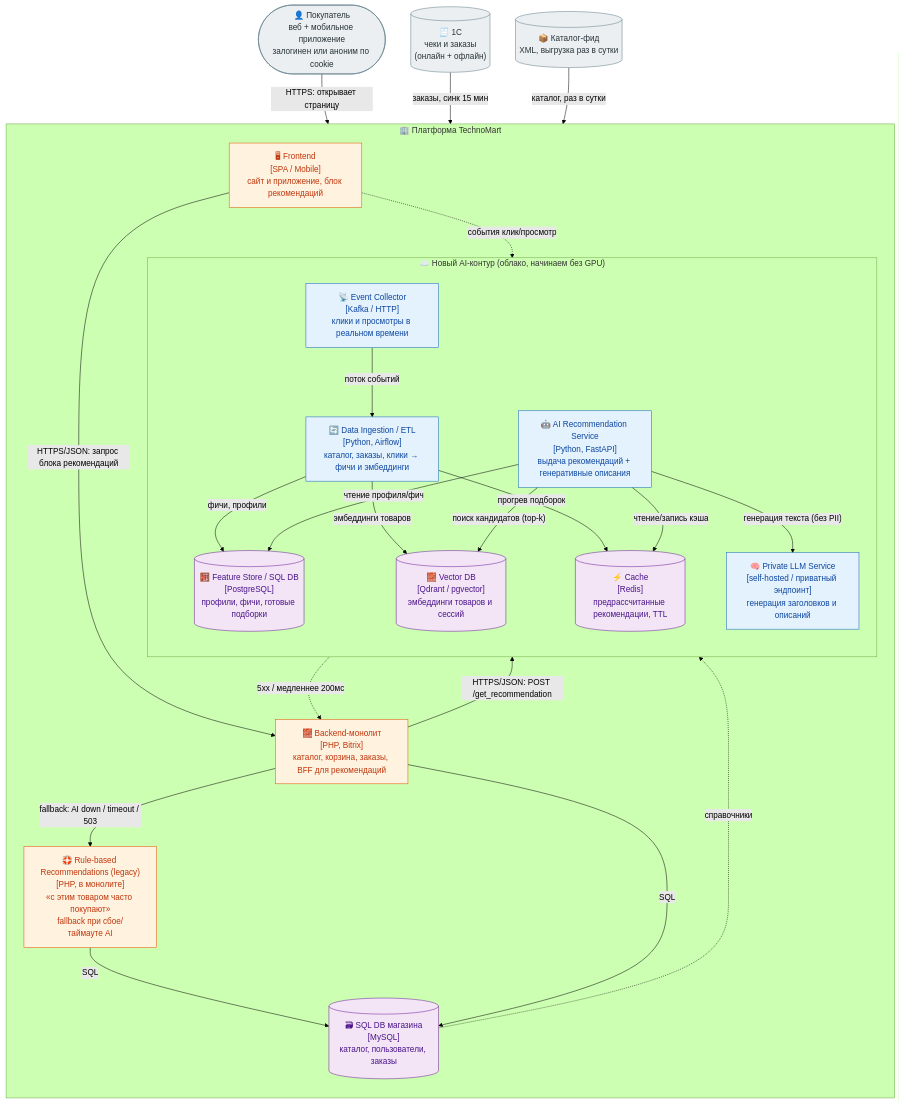
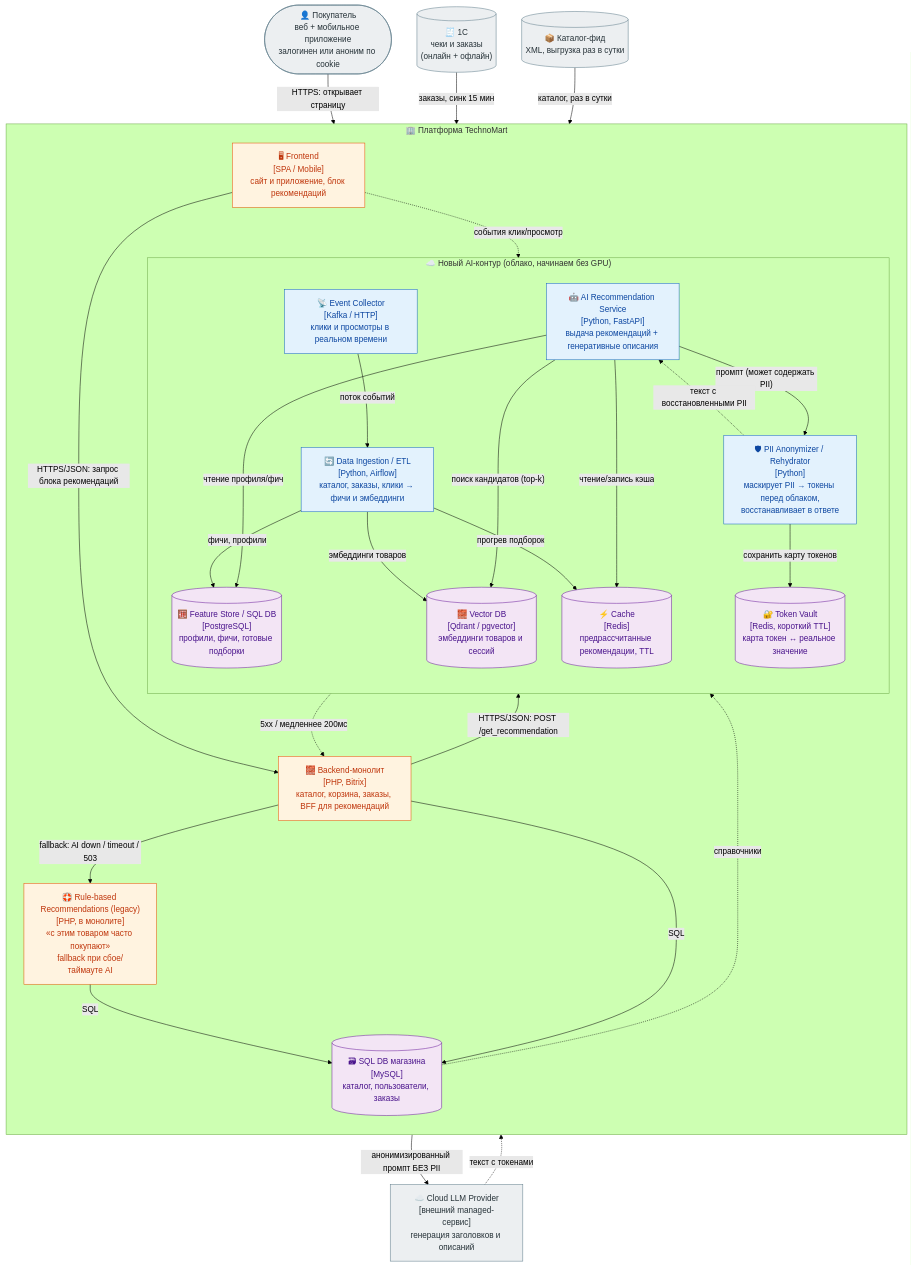
Before and after one commit to divisee/otus-ai-architect: the diagram in hw-2/diagrams/c2-container.mmd, drawn with Mermaid (forest theme). The commit also changed 6 other files, not shown here.

```diff
--- a/hw-2/diagrams/c2-container.mmd
+++ b/hw-2/diagrams/c2-container.mmd
@@ -1,68 +1,78 @@
 %% C4 Level 2 — Container Diagram. Система умных рекомендаций TechnoMart
 %% Вставьте код в https://mermaid.live или редактор с поддержкой Mermaid
 
 flowchart TB
     User([👤 Покупатель<br/>веб + мобильное приложение<br/>залогинен или аноним по cookie])
 
     subgraph TM["🏢 Платформа TechnoMart"]
         direction TB
 
         FE["🖥 Frontend<br/>[SPA / Mobile]<br/>сайт и приложение, блок рекомендаций"]
         BE["🧱 Backend-монолит<br/>[PHP, Bitrix]<br/>каталог, корзина, заказы, BFF для рекомендаций"]
         LEGACY["🛟 Rule-based Recommendations (legacy)<br/>[PHP, в монолите]<br/>«с этим товаром часто покупают»<br/>fallback при сбое/таймауте AI"]
         MYSQL[("🗃 SQL DB магазина<br/>[MySQL]<br/>каталог, пользователи, заказы")]
 
         subgraph NEW["☁️ Новый AI-контур (облако, начинаем без GPU)"]
             direction TB
             AISVC["🤖 AI Recommendation Service<br/>[Python, FastAPI]<br/>выдача рекомендаций + генеративные описания"]
             FS[("🧮 Feature Store / SQL DB<br/>[PostgreSQL]<br/>профили, фичи, готовые подборки")]
             VDB[("🧱 Vector DB<br/>[Qdrant / pgvector]<br/>эмбеддинги товаров и сессий")]
             CACHE[("⚡ Cache<br/>[Redis]<br/>предрассчитанные рекомендации, TTL")]
             ETL["🔄 Data Ingestion / ETL<br/>[Python, Airflow]<br/>каталог, заказы, клики → фичи и эмбеддинги"]
             EVT["📡 Event Collector<br/>[Kafka / HTTP]<br/>клики и просмотры в реальном времени"]
-            LLM["🧠 Private LLM Service<br/>[self-hosted / приватный эндпоинт]<br/>генерация заголовков и описаний"]
+            ANON["🛡 PII Anonymizer / Rehydrator<br/>[Python]<br/>маскирует PII → токены перед облаком,<br/>восстанавливает в ответе"]
+            VAULT[("🔐 Token Vault<br/>[Redis, короткий TTL]<br/>карта токен ↔ реальное значение")]
         end
     end
 
     %% Внешние источники данных (As-Is)
     ONEC[("🧾 1С<br/>чеки и заказы<br/>(онлайн + офлайн)")]
     XML[("📦 Каталог-фид<br/>XML, выгрузка раз в сутки")]
+
+    %% Внешняя облачная генеративная модель (PII в неё не попадает)
+    CLOUD["☁️ Cloud LLM Provider<br/>[внешний managed-сервис]<br/>генерация заголовков и описаний"]
 
     %% Пользовательский трафик
     User -->|"HTTPS: открывает страницу"| FE
     FE -->|"HTTPS/JSON: запрос блока рекомендаций"| BE
     BE -->|"HTTPS/JSON: POST /get_recommendation"| AISVC
     FE -.->|"события клик/просмотр"| EVT
 
     %% Fallback на старую систему при сбое/таймауте AI Service
     BE -->|"fallback: AI down / timeout / 503"| LEGACY
     AISVC -.->|"5xx / медленнее 200мс"| BE
     LEGACY -->|"SQL"| MYSQL
 
     %% Чтение данных магазина
     BE -->|"SQL"| MYSQL
 
     %% Внутри AI-контура
     AISVC -->|"чтение профиля/фич"| FS
     AISVC -->|"поиск кандидатов (top-k)"| VDB
     AISVC -->|"чтение/запись кэша"| CACHE
-    AISVC -->|"генерация текста (без PII)"| LLM
+
+    %% Генерация через облако с анонимизацией PII
+    AISVC -->|"промпт (может содержать PII)"| ANON
+    ANON -->|"сохранить карту токенов"| VAULT
+    ANON -->|"анонимизированный промпт БЕЗ PII"| CLOUD
+    CLOUD -.->|"текст с токенами"| ANON
+    ANON -.->|"текст с восстановленными PII"| AISVC
 
     %% Наполнение данными
     ONEC -->|"заказы, синк 15 мин"| ETL
     XML -->|"каталог, раз в сутки"| ETL
     EVT -->|"поток событий"| ETL
     MYSQL -.->|"справочники"| ETL
     ETL -->|"фичи, профили"| FS
     ETL -->|"эмбеддинги товаров"| VDB
     ETL -->|"прогрев подборок"| CACHE
 
     classDef ext fill:#eceff1,stroke:#607d8b,color:#263238;
     classDef be fill:#fff3e0,stroke:#e65100,color:#bf360c;
     classDef ai fill:#e3f2fd,stroke:#1565c0,color:#0d47a1;
     classDef data fill:#f3e5f5,stroke:#6a1b9a,color:#4a148c;
 
-    class User,ONEC,XML ext;
+    class User,ONEC,XML,CLOUD ext;
     class FE,BE,LEGACY be;
-    class AISVC,ETL,EVT,LLM ai;
-    class MYSQL,FS,VDB,CACHE data;
+    class AISVC,ETL,EVT,ANON ai;
+    class MYSQL,FS,VDB,CACHE,VAULT data;
```
